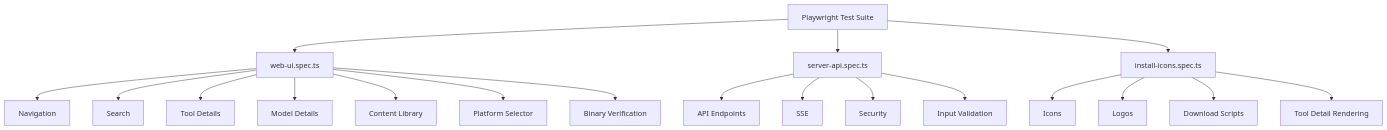
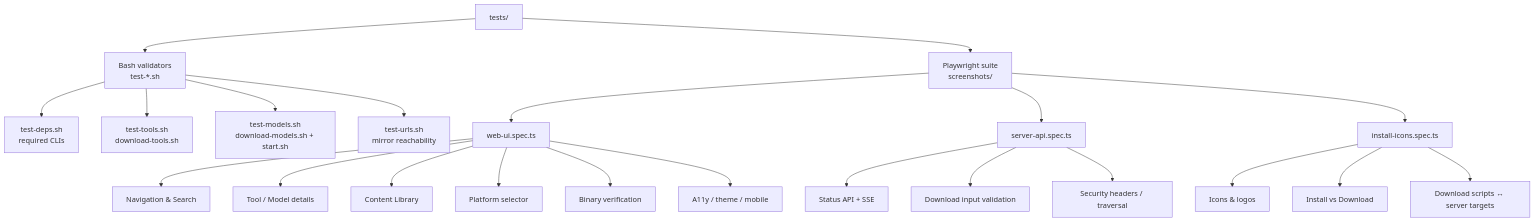
The diagram in tests/README.md (mvalancy/val-ark), drawn with Mermaid before and after one commit. The commit also changed other lines of this file and 13 other files, not shown here.

````diff
--- a/tests/README.md
+++ b/tests/README.md
@@ -7,24 +12,29 @@
 ```mermaid
 graph TD
-    A[Playwright Test Suite] --> B[web-ui.spec.ts]
-    A --> C[server-api.spec.ts]
-    A --> D[install-icons.spec.ts]
+    A[tests/] --> V[Bash validators<br/>test-*.sh]
+    A --> P[Playwright suite<br/>screenshots/]
 
-    B --> B1[Navigation]
-    B --> B2[Search]
-    B --> B3[Tool Details]
-    B --> B4[Model Details]
-    B --> B5[Content Library]
-    B --> B6[Platform Selector]
-    B --> B7[Binary Verification]
+    V --> V1[test-deps.sh<br/>required CLIs]
+    V --> V2[test-tools.sh<br/>download-tools.sh]
+    V --> V3[test-models.sh<br/>download-models.sh + start.sh]
+    V --> V4[test-urls.sh<br/>mirror reachability]
 
-    C --> C1[API Endpoints]
-    C --> C2[SSE]
-    C --> C3[Security]
-    C --> C4[Input Validation]
+    P --> B[web-ui.spec.ts]
+    P --> C[server-api.spec.ts]
+    P --> D[install-icons.spec.ts]
 
-    D --> D1[Icons]
-    D --> D2[Logos]
-    D --> D3[Download Scripts]
-    D --> D4[Tool Detail Rendering]
+    B --> B1[Navigation & Search]
+    B --> B2[Tool / Model details]
+    B --> B3[Content Library]
+    B --> B4[Platform selector]
+    B --> B5[Binary verification]
+    B --> B6[A11y / theme / mobile]
+
+    C --> C1[Status API + SSE]
+    C --> C2[Download input validation]
+    C --> C3[Security headers / traversal]
+
+    D --> D1[Icons & logos]
+    D --> D2[Install vs Download]
+    D --> D3[Download scripts ↔ server targets]
 ```
````
